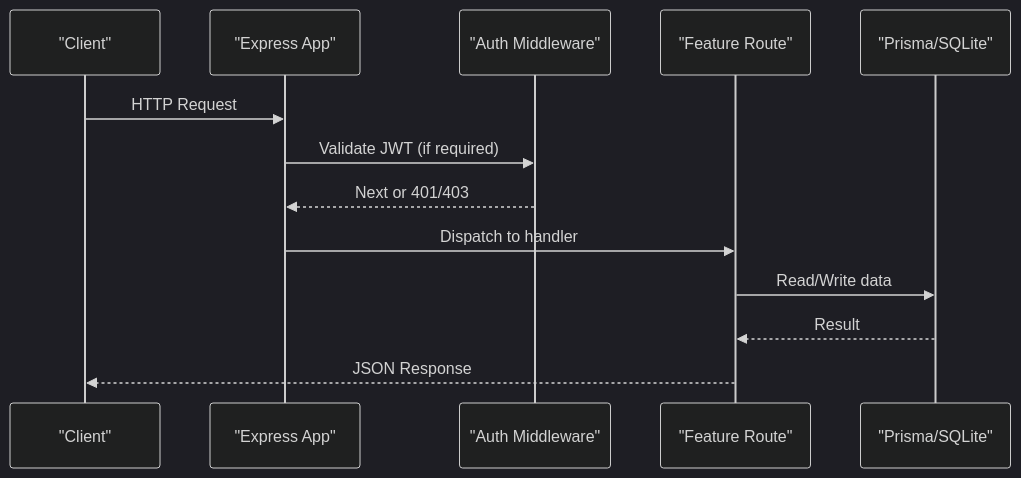
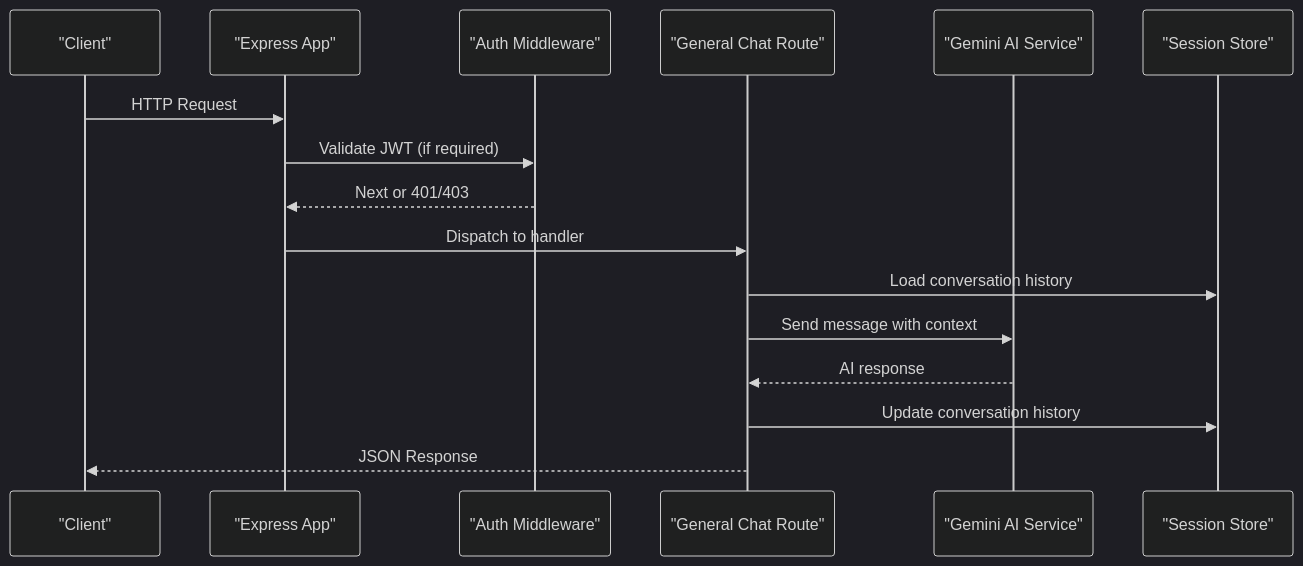
The second of 3 diagrams in .qoder/repowiki/en/content/Backend Documentation/API Endpoints Reference/API Endpoints Reference.md (NaveenHiranya/Smart-Vehicle-Insurance-Claim-System), drawn with Mermaid (dark theme) before and after one commit. The commit also changed other lines of this file and 35 other files, not shown here.

````diff
--- a/.qoder/repowiki/en/content/Backend Documentation/API Endpoints Reference/API Endpoints Reference.md
+++ b/.qoder/repowiki/en/content/Backend Documentation/API Endpoints Reference/API Endpoints Reference.md
@@ -74,15 +91,18 @@
 ```mermaid
 sequenceDiagram
 participant Client as "Client"
 participant App as "Express App"
 participant AuthMW as "Auth Middleware"
-participant Route as "Feature Route"
-participant DB as "Prisma/SQLite"
+participant ChatRoute as "General Chat Route"
+participant Gemini as "Gemini AI Service"
+participant Session as "Session Store"
 Client->>App : HTTP Request
 App->>AuthMW : Validate JWT (if required)
 AuthMW-->>App : Next or 401/403
-App->>Route : Dispatch to handler
-Route->>DB : Read/Write data
-DB-->>Route : Result
-Route-->>Client : JSON Response
+App->>ChatRoute : Dispatch to handler
+ChatRoute->>Session : Load conversation history
+ChatRoute->>Gemini : Send message with context
+Gemini-->>ChatRoute : AI response
+ChatRoute->>Session : Update conversation history
+ChatRoute-->>Client : JSON Response
 ```
````
